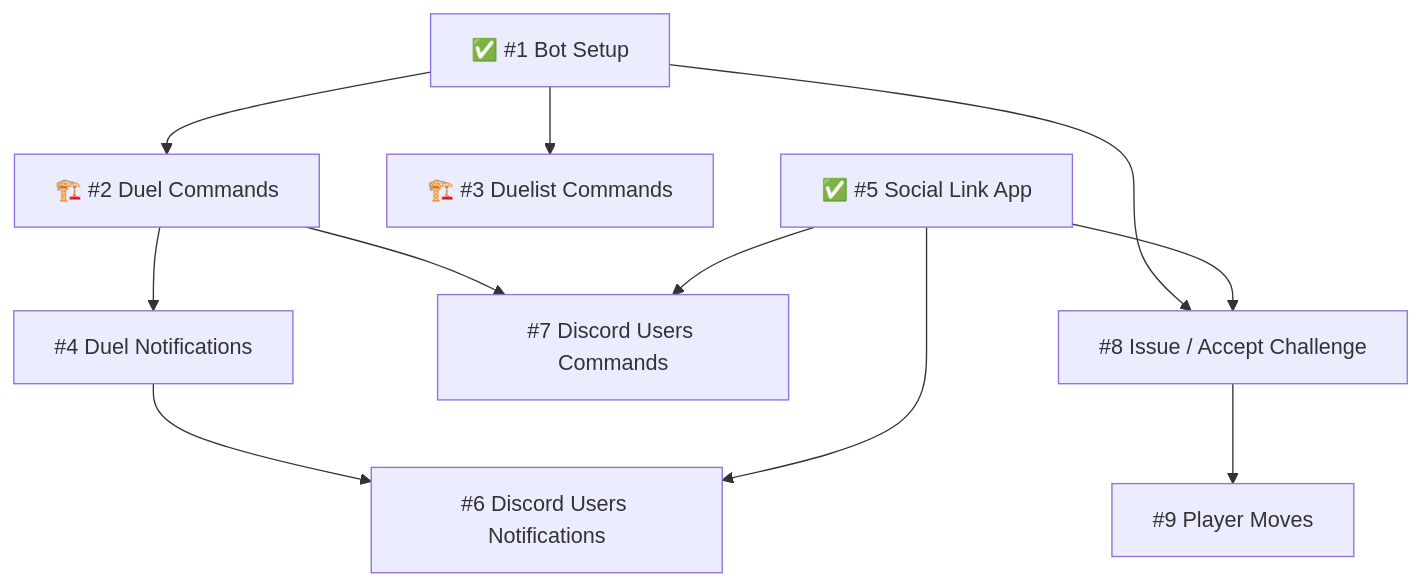
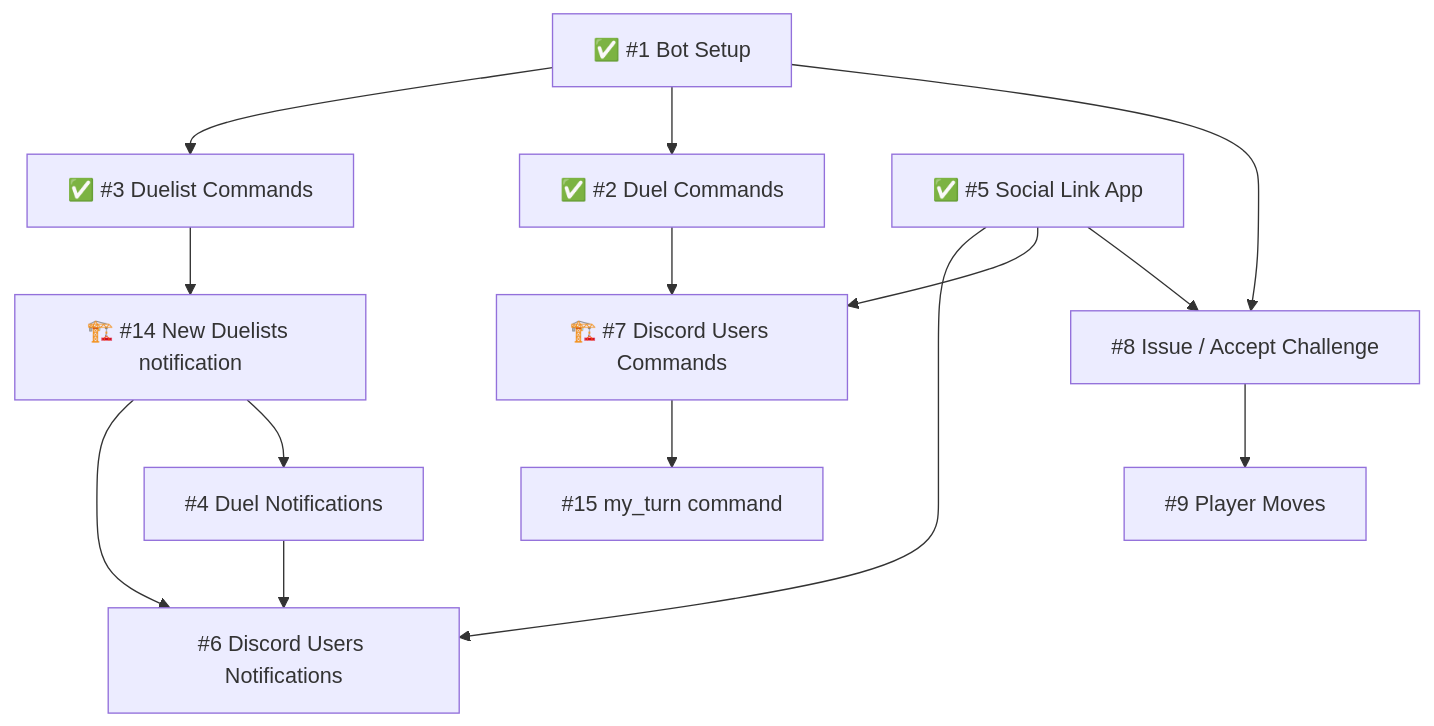
One commit to underware-gg/pistols-discord-bot changed the diagram in README.md. Above: the diagram before and after it, drawn with Mermaid.

````diff
--- a/README.md
+++ b/README.md
@@ -17,24 +17,29 @@
 ```mermaid
 graph TD;
   A[✅ #1 Bot Setup];
-  B[🏗️ #2 Duel Commands];
-  C[🏗️ #3 Duelist Commands];
+  C[✅ #3 Duelist Commands];
+  B[✅ #2 Duel Commands];
   D[#4 Duel Notifications];
   E[✅ #5 Social Link App];
   F[#6 Discord Users Notifications];
-  G[#7 Discord Users Commands];
+  G[🏗️ #7 Discord Users Commands];
   H[#8 Issue / Accept Challenge];
   I[#9 Player Moves];
+  J[🏗️ #14 New Duelists notification];
+  K[#15 my_turn command];
 
+  A-->C;
   A-->B;
-  A-->C;
-  B-->D;
+  C-->J;
   D-->F;
   E-->F;
+  J-->F;
   B-->G;
   E-->G;
   A-->H;
   E-->H;
   H-->I;
+  G-->K;
+  J-->D;
 
 ```
````
